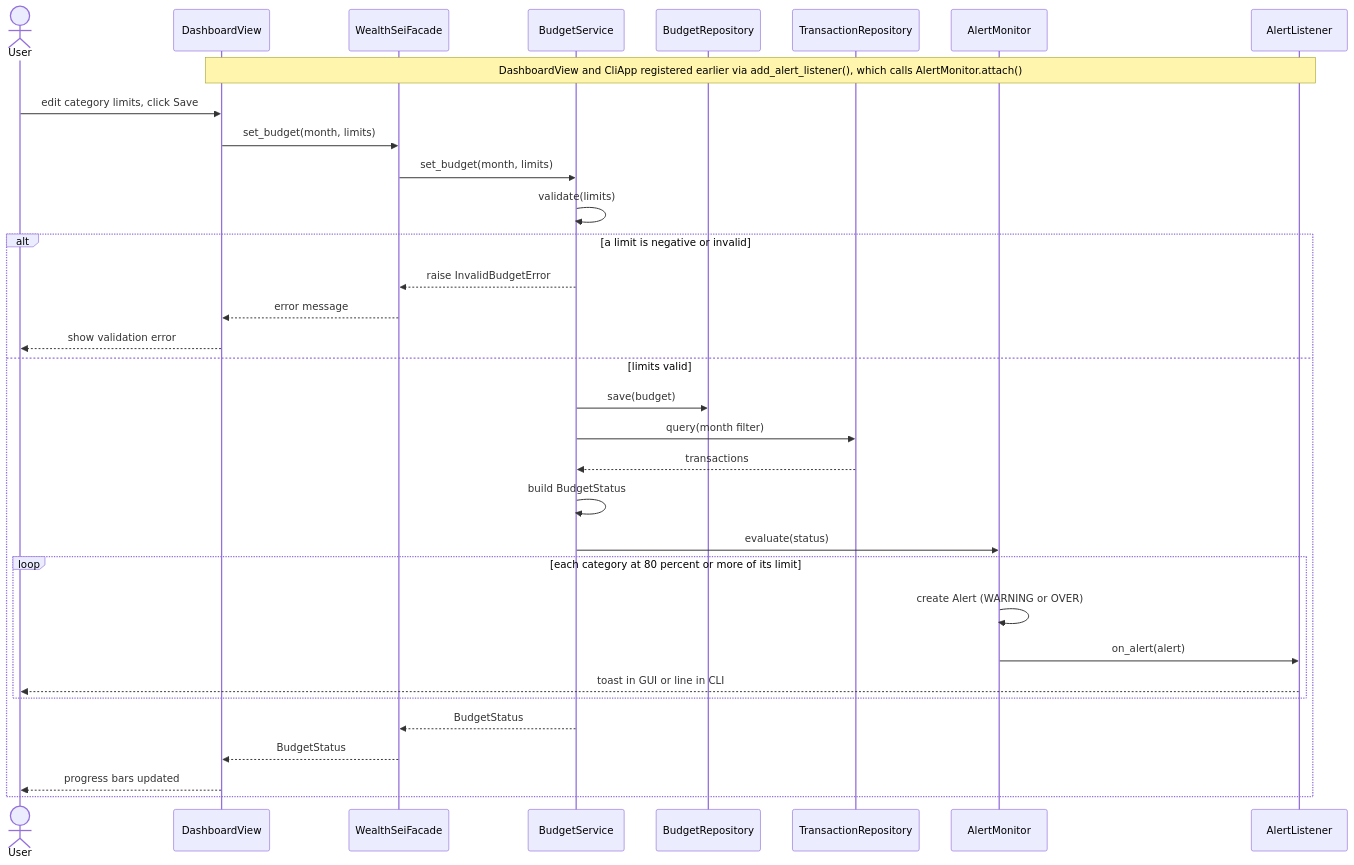
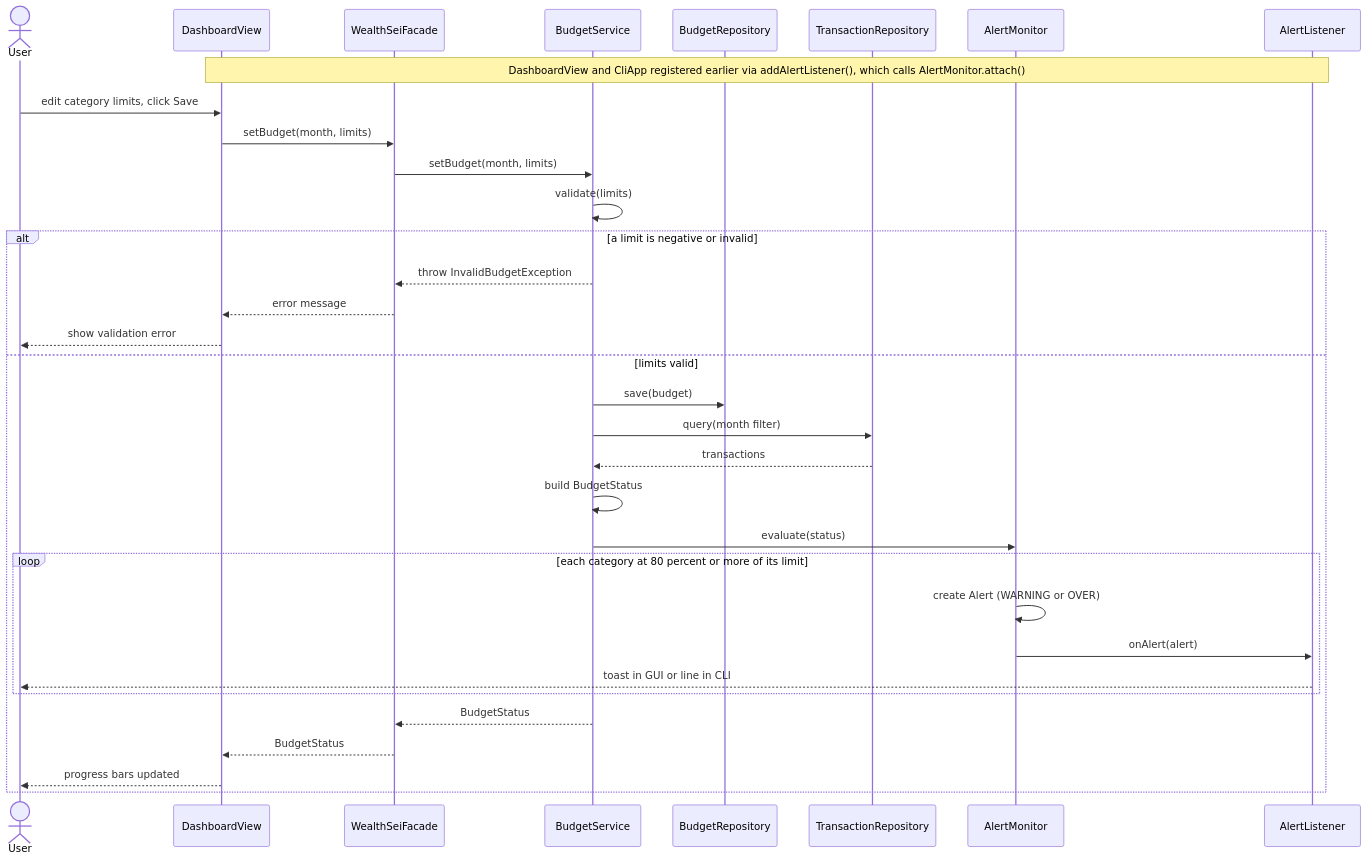
Diagram 12 of 20 in docs/WealthSei_Stage1_Report.md (Rishit-Shah/EECS-3311-Project---WealthSei), drawn with Mermaid before and after one commit. The commit also changed other lines of this file, not shown here.

````diff
--- a/docs/WealthSei_Stage1_Report.md
+++ b/docs/WealthSei_Stage1_Report.md
@@ -1838,36 +1855,36 @@
 ```mermaid
 sequenceDiagram
     actor User
     participant DV as DashboardView
     participant F as WealthSeiFacade
     participant BS as BudgetService
     participant BR as BudgetRepository
     participant TR as TransactionRepository
     participant AM as AlertMonitor
     participant L as AlertListener
 
-    Note over DV,L: DashboardView and CliApp registered earlier via add_alert_listener(), which calls AlertMonitor.attach()
+    Note over DV,L: DashboardView and CliApp registered earlier via addAlertListener(), which calls AlertMonitor.attach()
     User->>DV: edit category limits, click Save
-    DV->>F: set_budget(month, limits)
-    F->>BS: set_budget(month, limits)
+    DV->>F: setBudget(month, limits)
+    F->>BS: setBudget(month, limits)
     BS->>BS: validate(limits)
     alt a limit is negative or invalid
-        BS-->>F: raise InvalidBudgetError
+        BS-->>F: throw InvalidBudgetException
         F-->>DV: error message
         DV-->>User: show validation error
     else limits valid
         BS->>BR: save(budget)
         BS->>TR: query(month filter)
         TR-->>BS: transactions
         BS->>BS: build BudgetStatus
         BS->>AM: evaluate(status)
         loop each category at 80 percent or more of its limit
             AM->>AM: create Alert (WARNING or OVER)
-            AM->>L: on_alert(alert)
+            AM->>L: onAlert(alert)
             L-->>User: toast in GUI or line in CLI
         end
         BS-->>F: BudgetStatus
         F-->>DV: BudgetStatus
         DV-->>User: progress bars updated
     end
 ```
````
